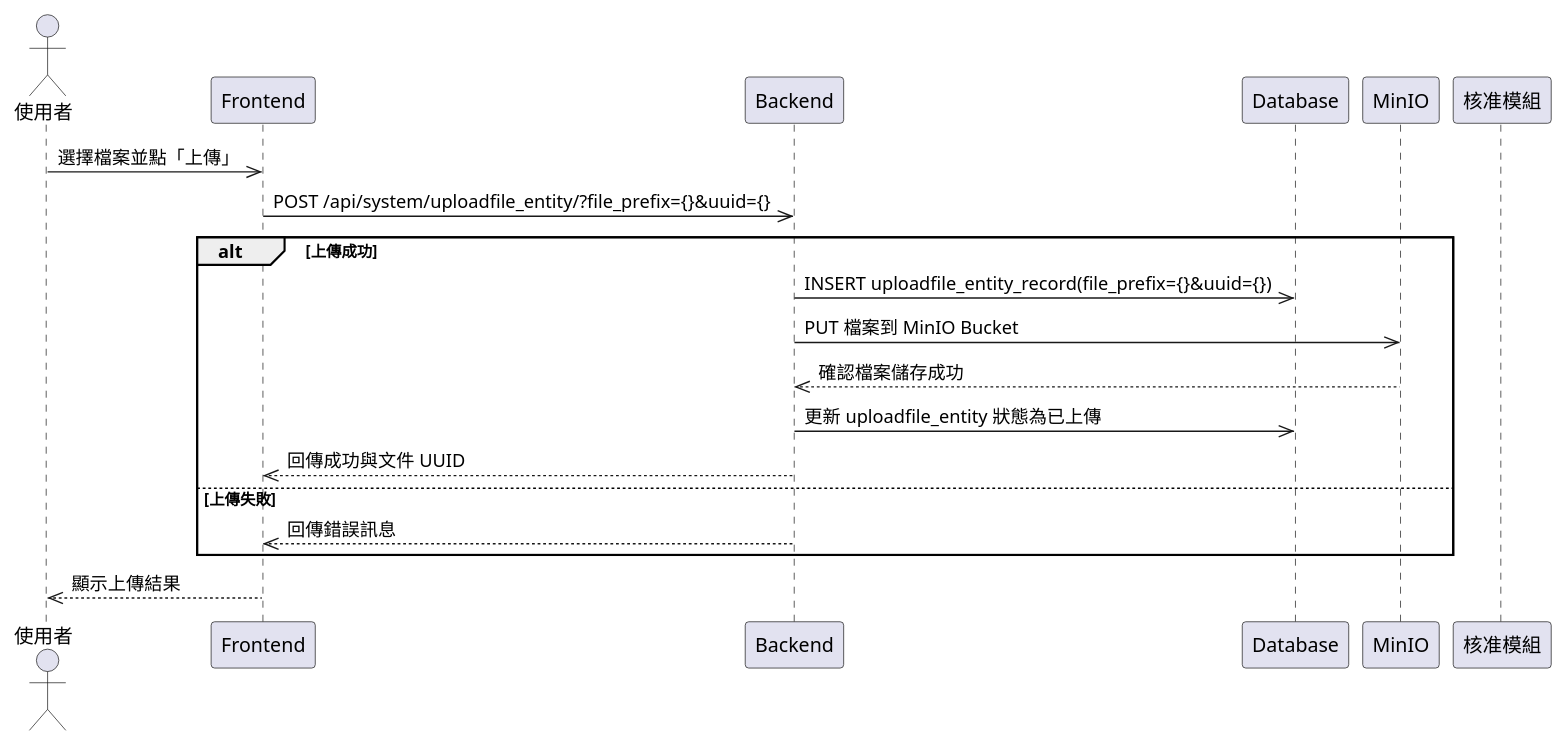
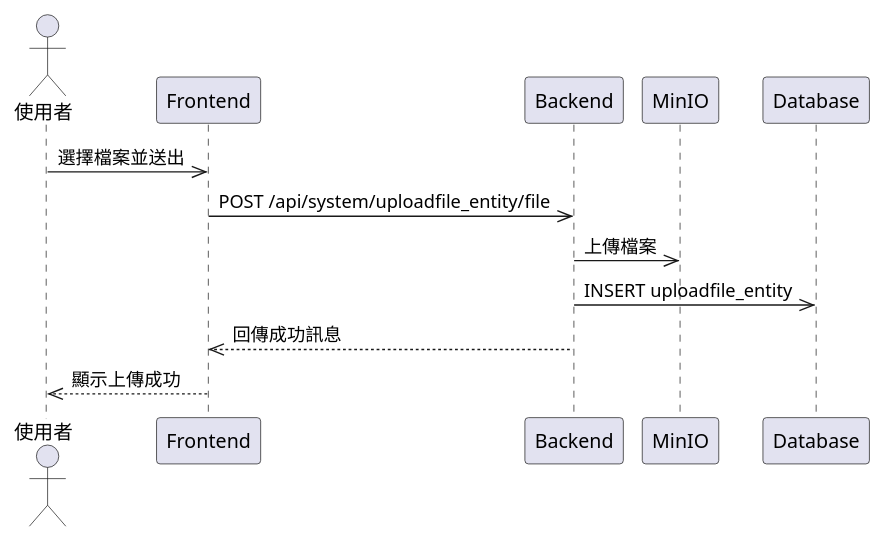
Before and after one commit to walle45611/NTUB_SecuManag_Diagram: the diagram in plantUML/sequence/file_upload.puml, drawn with PlantUML. The commit also changed 18 other files, not shown here.

First line of the commit message:
(modify): 循序圖調整 (#73)

```diff
--- a/plantUML/sequence/file_upload.puml
+++ b/plantUML/sequence/file_upload.puml
@@ -1,23 +1,15 @@
 @startuml
 actor User as "使用者"
 participant Frontend
 participant Backend
+participant MinIO
 participant Database
-participant MinIO
-participant Approval as "核准模組"
 
-User ->> Frontend: 選擇檔案並點「上傳」
-Frontend ->> Backend: POST /api/system/uploadfile_entity/?file_prefix={}&uuid={}
+User ->> Frontend: 選擇檔案並送出
+Frontend ->> Backend: POST /api/system/uploadfile_entity/file
+Backend ->> MinIO: 上傳檔案
+Backend ->> Database: INSERT uploadfile_entity
+Backend -->> Frontend: 回傳成功訊息
+Frontend -->> User: 顯示上傳成功
 
-alt 上傳成功
-    Backend ->> Database: INSERT uploadfile_entity_record(file_prefix={}&uuid={})
-    Backend ->> MinIO: PUT 檔案到 MinIO Bucket
-    MinIO -->> Backend: 確認檔案儲存成功
-    Backend ->> Database: 更新 uploadfile_entity 狀態為已上傳
-    Backend -->> Frontend: 回傳成功與文件 UUID
-else 上傳失敗
-    Backend -->> Frontend: 回傳錯誤訊息
-end
-
-Frontend -->> User: 顯示上傳結果
 @enduml
```
